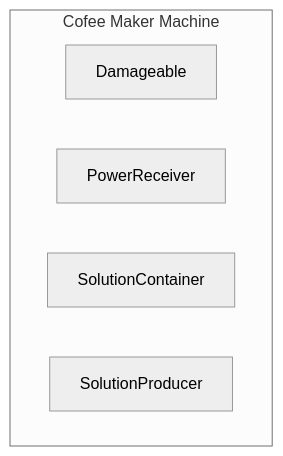
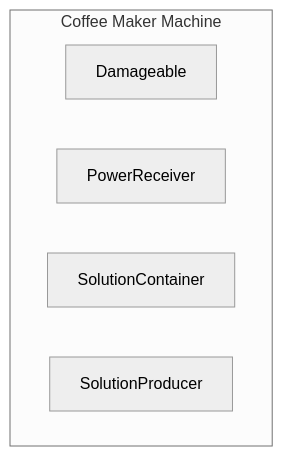
The sixth of 6 diagrams in src/en/robust-toolbox/ecs.md (space-wizards/docs), drawn with Mermaid (neutral theme) before and after one commit.

Commit message:
Fix small typo in ecs.md
one of the charts said "cofee maker machine", changed cofee to coffee.

````diff
--- a/src/en/robust-toolbox/ecs.md
+++ b/src/en/robust-toolbox/ecs.md
@@ -97,9 +97,9 @@
 ```mermaid
 flowchart TD
-    subgraph Cofee Maker Machine
+    subgraph Coffee Maker Machine
     Damageable;
     PowerReceiver;
     SolutionContainer;
     SolutionProducer;
     end
 ```
````
